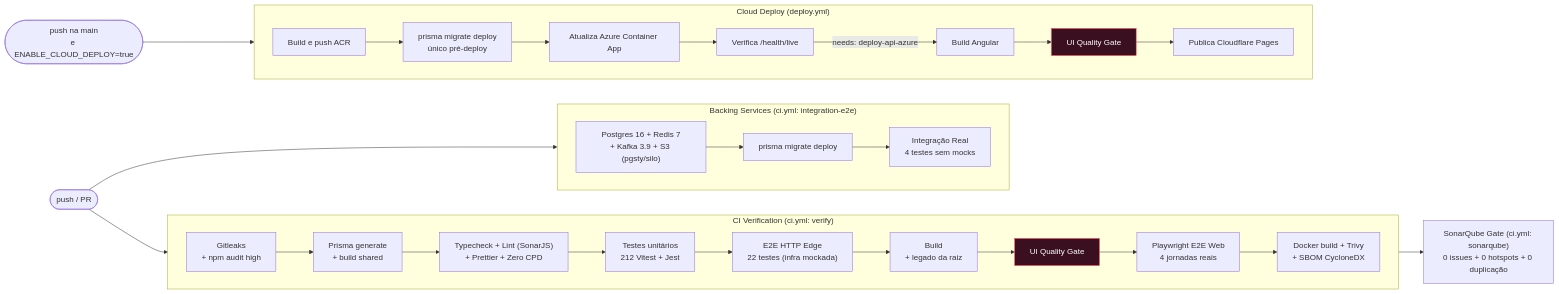
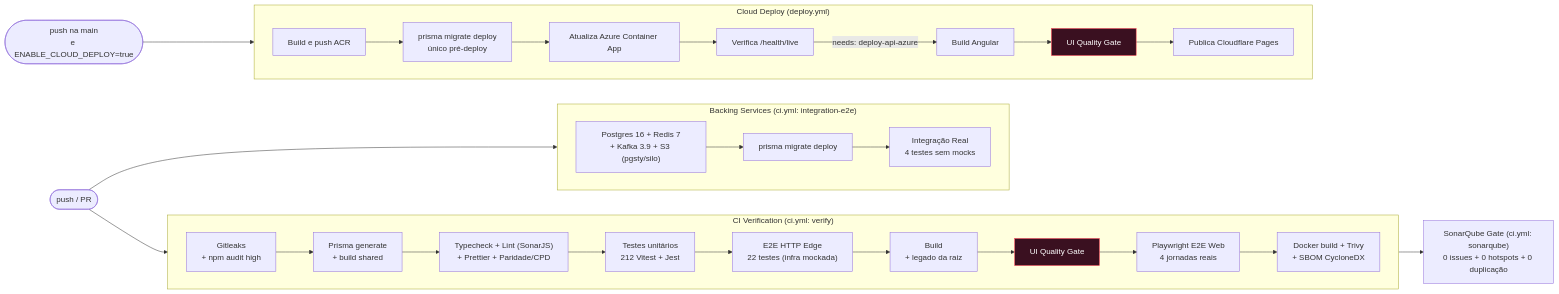
One commit to Digooow/pokedex-frontend changed the eighth of 12 diagrams in README.md. Above: the diagram before and after it, drawn with Mermaid. The commit also changed other lines of this file and 22 other files, not shown here.

````diff
--- a/README.md
+++ b/README.md
@@ -494,34 +494,34 @@
 ```mermaid
 flowchart LR
   push(["push / PR"]) --> v
   push --> integ
 
   subgraph v["CI Verification (ci.yml: verify)"]
     direction LR
-    s0["Gitleaks<br/>+ npm audit high"] --> s1["Prisma generate<br/>+ build shared"] --> s2["Typecheck + Lint (SonarJS)<br/>+ Prettier + Zero CPD"]
+    s0["Gitleaks<br/>+ npm audit high"] --> s1["Prisma generate<br/>+ build shared"] --> s2["Typecheck + Lint (SonarJS)<br/>+ Prettier + Paridade/CPD"]
     s2 --> s4["Testes unitários<br/>212 Vitest + Jest"]
     s4 --> s5["E2E HTTP Edge<br/>22 testes (infra mockada)"]
     s5 --> s6["Build<br/>+ legado da raiz"]
     s6 --> s7["UI Quality Gate"]
     s7 --> s7b["Playwright E2E Web<br/>4 jornadas reais"]
     s7b --> s8["Docker build + Trivy<br/>+ SBOM CycloneDX"]
   end
 
   v --> sq["SonarQube Gate (ci.yml: sonarqube)<br/>0 issues + 0 hotspots + 0 duplicação"]
 
   subgraph integ["Backing Services (ci.yml: integration-e2e)"]
     direction LR
     i1["Postgres 16 + Redis 7<br/>+ Kafka 3.9 + S3 (pgsty/silo)"] --> i2["prisma migrate deploy"] --> i3["Integração Real<br/>4 testes sem mocks"]
   end
 
   push2(["push na main<br/>e ENABLE_CLOUD_DEPLOY=true"]) --> d
 
   subgraph d["Cloud Deploy (deploy.yml)"]
     direction LR
     a1["Build e push ACR"] --> a1b["prisma migrate deploy<br/>único pré-deploy"] --> a2["Atualiza Azure Container App"] --> a3["Verifica /health/live"]
     a3 -->|"needs: deploy-api-azure"| b1["Build Angular"] --> b2["UI Quality Gate"] --> b3["Publica Cloudflare Pages"]
   end
 
   classDef gate fill:#3a1020,stroke:#ff3b4e,color:#fff
   class s7,b2 gate
 ```
````
